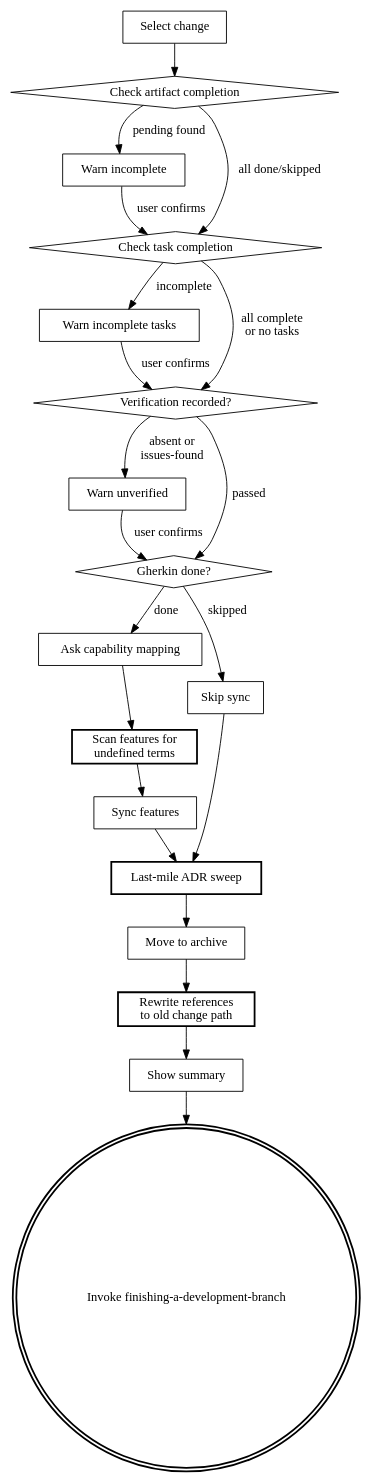
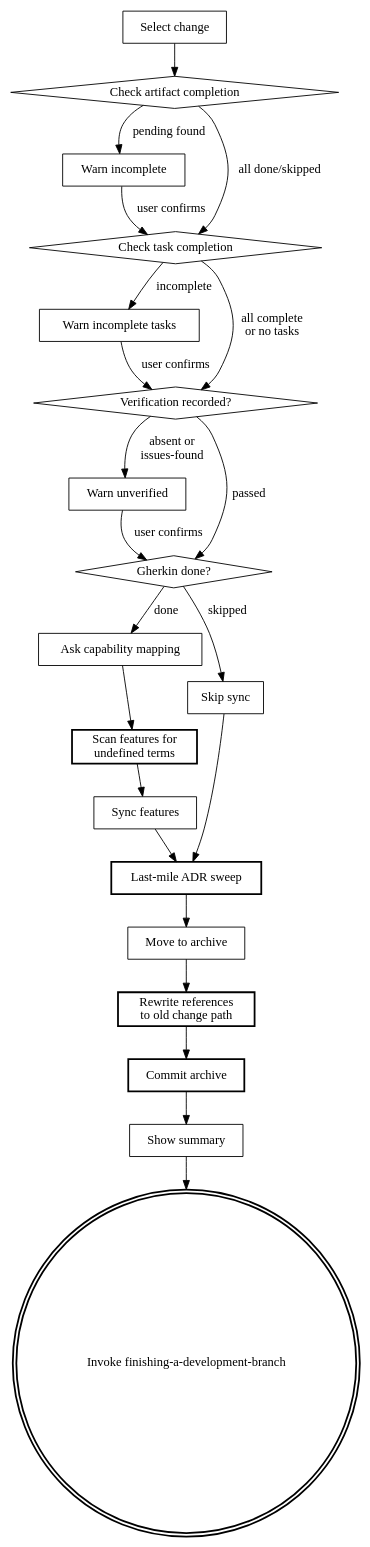
One commit to kirkchen/beat changed the diagram in skills/archive/SKILL.md. Above: the diagram before and after it, drawn with Graphviz. The commit also changed other lines of this file and 4 other files, not shown here.

First line of the commit message:
fix(archive): state that archive runs before the PR and commit its result

````diff
--- a/skills/archive/SKILL.md
+++ b/skills/archive/SKILL.md
@@ -83,42 +90,44 @@
 ```dot
 digraph archive {
     "Select change" [shape=box];
     "Check artifact completion" [shape=diamond];
     "Warn incomplete" [shape=box];
     "Check task completion" [shape=diamond];
     "Warn incomplete tasks" [shape=box];
     "Verification recorded?" [shape=diamond];
     "Warn unverified" [shape=box];
     "Gherkin done?" [shape=diamond];
     "Ask capability mapping" [shape=box];
     "Scan features for\nundefined terms" [shape=box, style=bold];
     "Sync features" [shape=box];
     "Skip sync" [shape=box];
     "Last-mile ADR sweep" [shape=box, style=bold];
     "Move to archive" [shape=box];
     "Rewrite references\nto old change path" [shape=box, style=bold];
+    "Commit archive" [shape=box, style=bold];
     "Show summary" [shape=box];
     "Invoke finishing-a-development-branch" [shape=doublecircle, style=bold];
 
     "Select change" -> "Check artifact completion";
     "Check artifact completion" -> "Warn incomplete" [label="pending found"];
     "Check artifact completion" -> "Check task completion" [label="all done/skipped"];
     "Warn incomplete" -> "Check task completion" [label="user confirms"];
     "Check task completion" -> "Warn incomplete tasks" [label="incomplete"];
     "Check task completion" -> "Verification recorded?" [label="all complete\nor no tasks"];
     "Warn incomplete tasks" -> "Verification recorded?" [label="user confirms"];
     "Verification recorded?" -> "Warn unverified" [label="absent or\nissues-found"];
     "Verification recorded?" -> "Gherkin done?" [label="passed"];
     "Warn unverified" -> "Gherkin done?" [label="user confirms"];
     "Gherkin done?" -> "Ask capability mapping" [label="done"];
     "Gherkin done?" -> "Skip sync" [label="skipped"];
     "Ask capability mapping" -> "Scan features for\nundefined terms";
     "Scan features for\nundefined terms" -> "Sync features";
     "Sync features" -> "Last-mile ADR sweep";
     "Skip sync" -> "Last-mile ADR sweep";
     "Last-mile ADR sweep" -> "Move to archive";
     "Move to archive" -> "Rewrite references\nto old change path";
-    "Rewrite references\nto old change path" -> "Show summary";
+    "Rewrite references\nto old change path" -> "Commit archive";
+    "Commit archive" -> "Show summary";
     "Show summary" -> "Invoke finishing-a-development-branch";
 }
 ```
````
